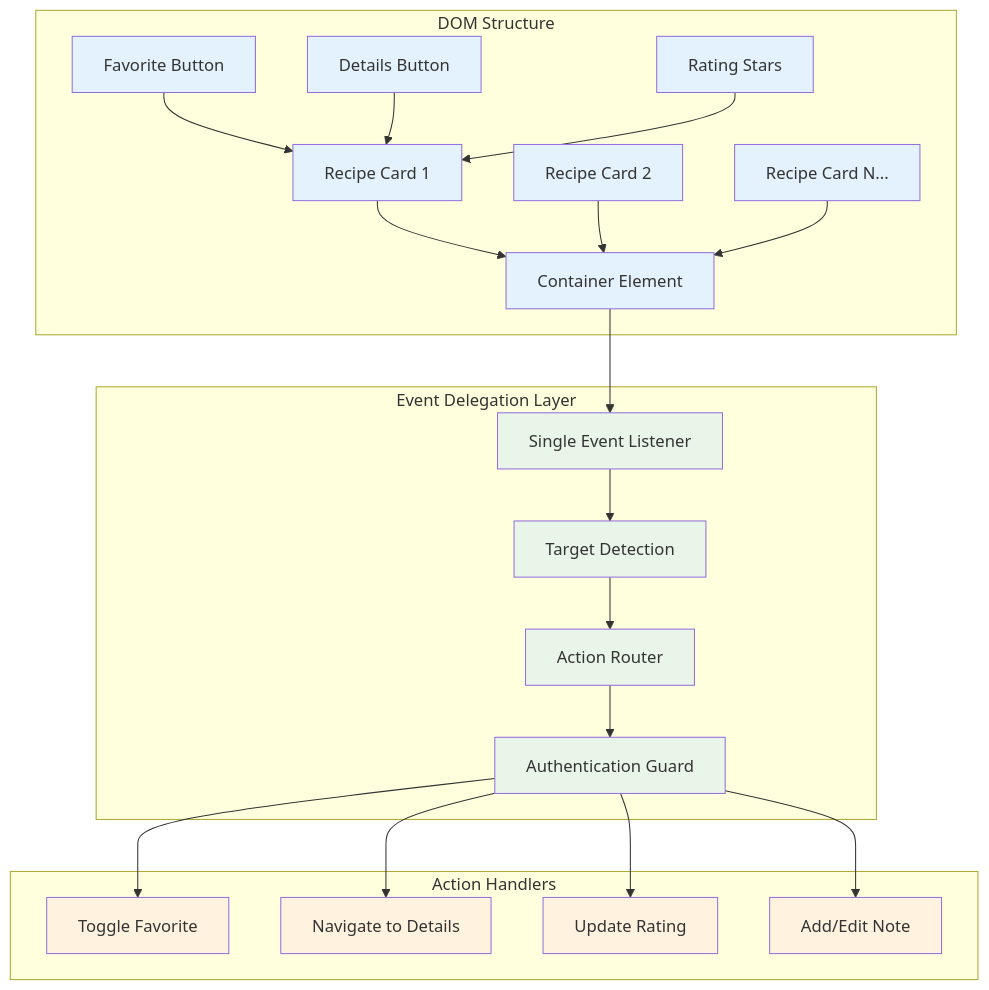
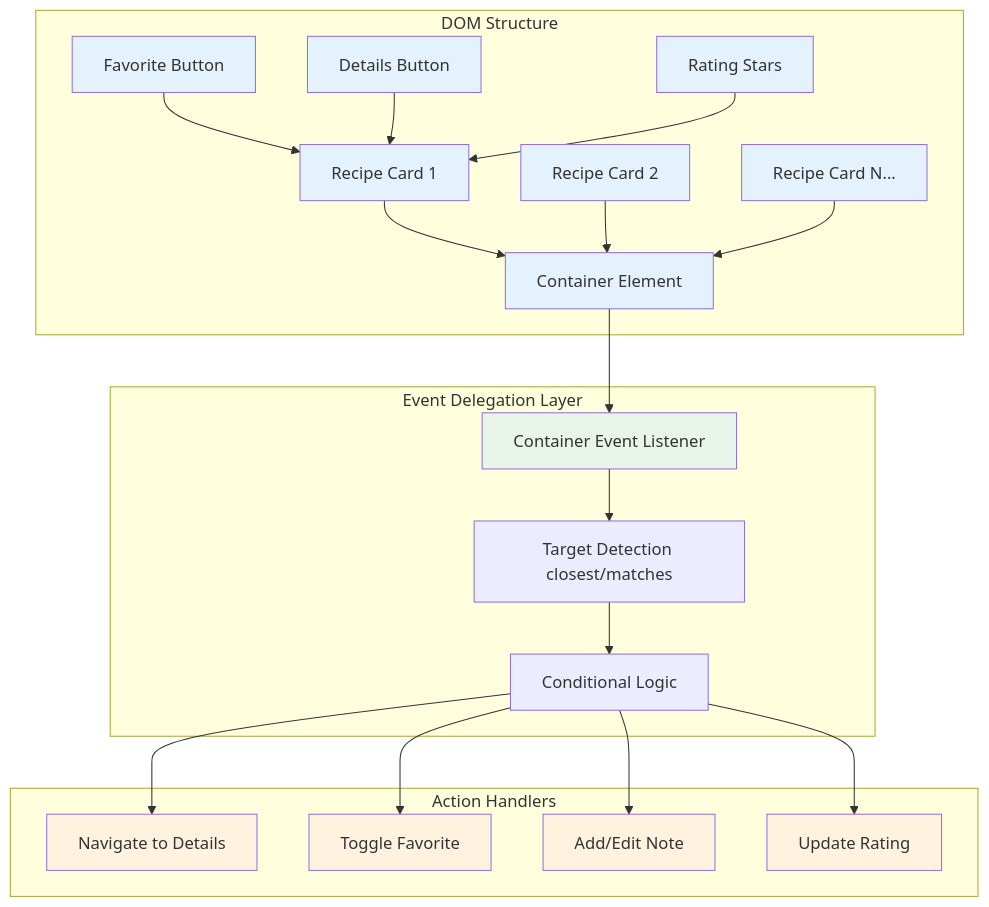
Before and after one commit to damiano-g/PGRC-project: the first of 4 diagrams in documentation/diagrams/06-event-delegation.md, drawn with Mermaid. The commit also changed other lines of this file and 6 other files, not shown here.

````diff
--- a/documentation/diagrams/06-event-delegation.md
+++ b/documentation/diagrams/06-event-delegation.md
@@ -5,51 +5,49 @@
 ```mermaid
 graph TB
     subgraph "DOM Structure"
         CONTAINER[Container Element]
         CARD1[Recipe Card 1]
         CARD2[Recipe Card 2]
         CARD3[Recipe Card N...]
         BTN1[Favorite Button]
         BTN2[Details Button]
         BTN3[Rating Stars]
     end
     
     subgraph "Event Delegation Layer"
-        LISTENER[Single Event Listener]
-        DETECTOR[Target Detection]
-        ROUTER[Action Router]
-        GUARD[Authentication Guard]
+        LISTENER[Container Event Listener]
+        TARGET[Target Detection closest/matches]
+        CONDITIONAL[Conditional Logic]
     end
     
     subgraph "Action Handlers"
+        NAV[Navigate to Details]
         FAV[Toggle Favorite]
-        NAV[Navigate to Details]
+        NOTE[Add/Edit Note]
         RATE[Update Rating]
-        NOTE[Add/Edit Note]
     end
     
     CONTAINER --> LISTENER
     CARD1 --> CONTAINER
     CARD2 --> CONTAINER
     CARD3 --> CONTAINER
     BTN1 --> CARD1
     BTN2 --> CARD1
     BTN3 --> CARD1
     
-    LISTENER --> DETECTOR
-    DETECTOR --> ROUTER
-    ROUTER --> GUARD
+    LISTENER --> TARGET
+    TARGET --> CONDITIONAL
     
-    GUARD --> FAV
-    GUARD --> NAV
-    GUARD --> RATE
-    GUARD --> NOTE
+    CONDITIONAL --> NAV
+    CONDITIONAL --> FAV
+    CONDITIONAL --> NOTE
+    CONDITIONAL --> RATE
     
     classDef dom fill:#e3f2fd
     classDef delegation fill:#e8f5e8
     classDef action fill:#fff3e0
     
     class CONTAINER,CARD1,CARD2,CARD3,BTN1,BTN2,BTN3 dom
     class LISTENER,DETECTOR,ROUTER,GUARD delegation
     class FAV,NAV,RATE,NOTE action
 ```
````
